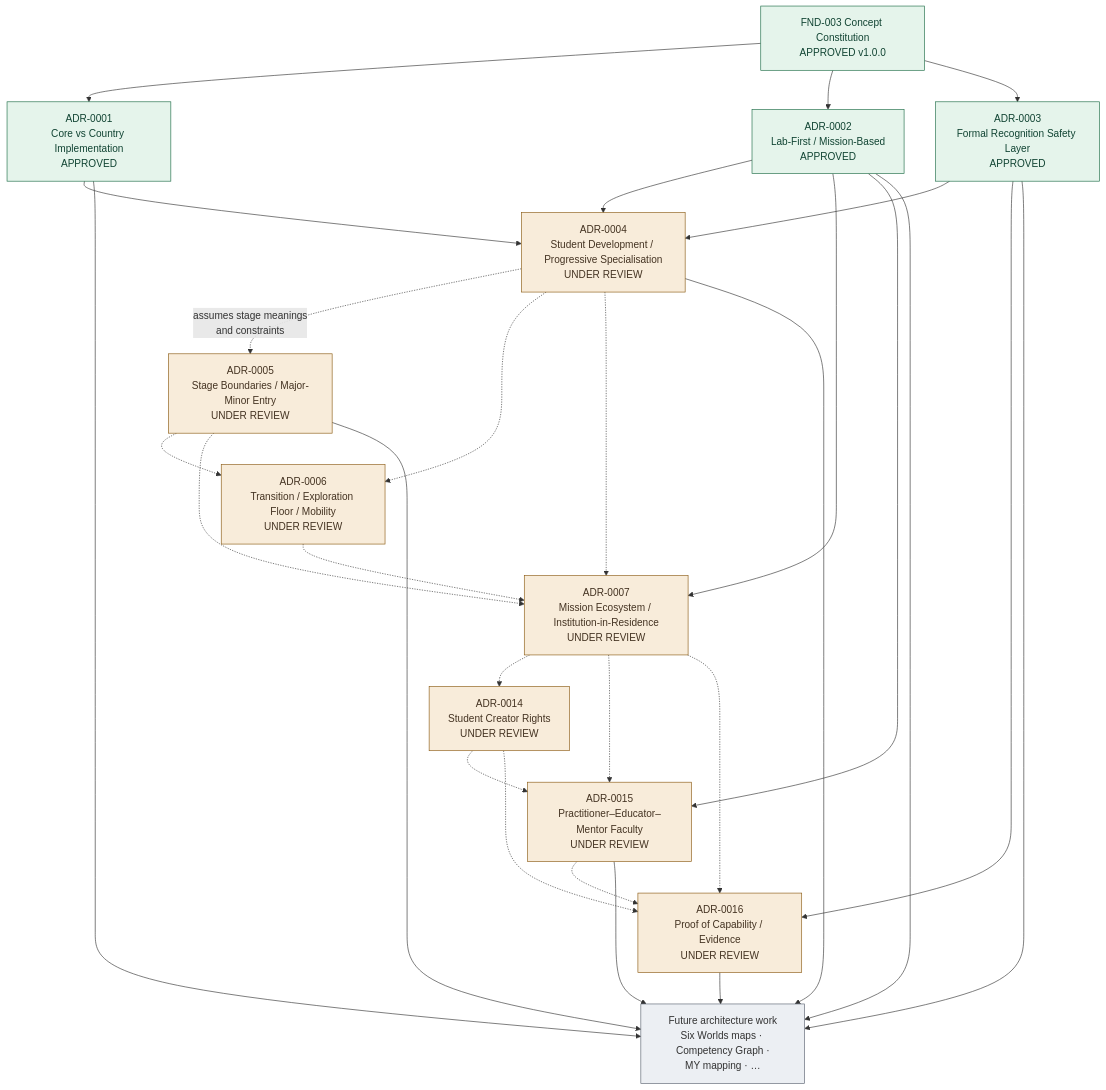
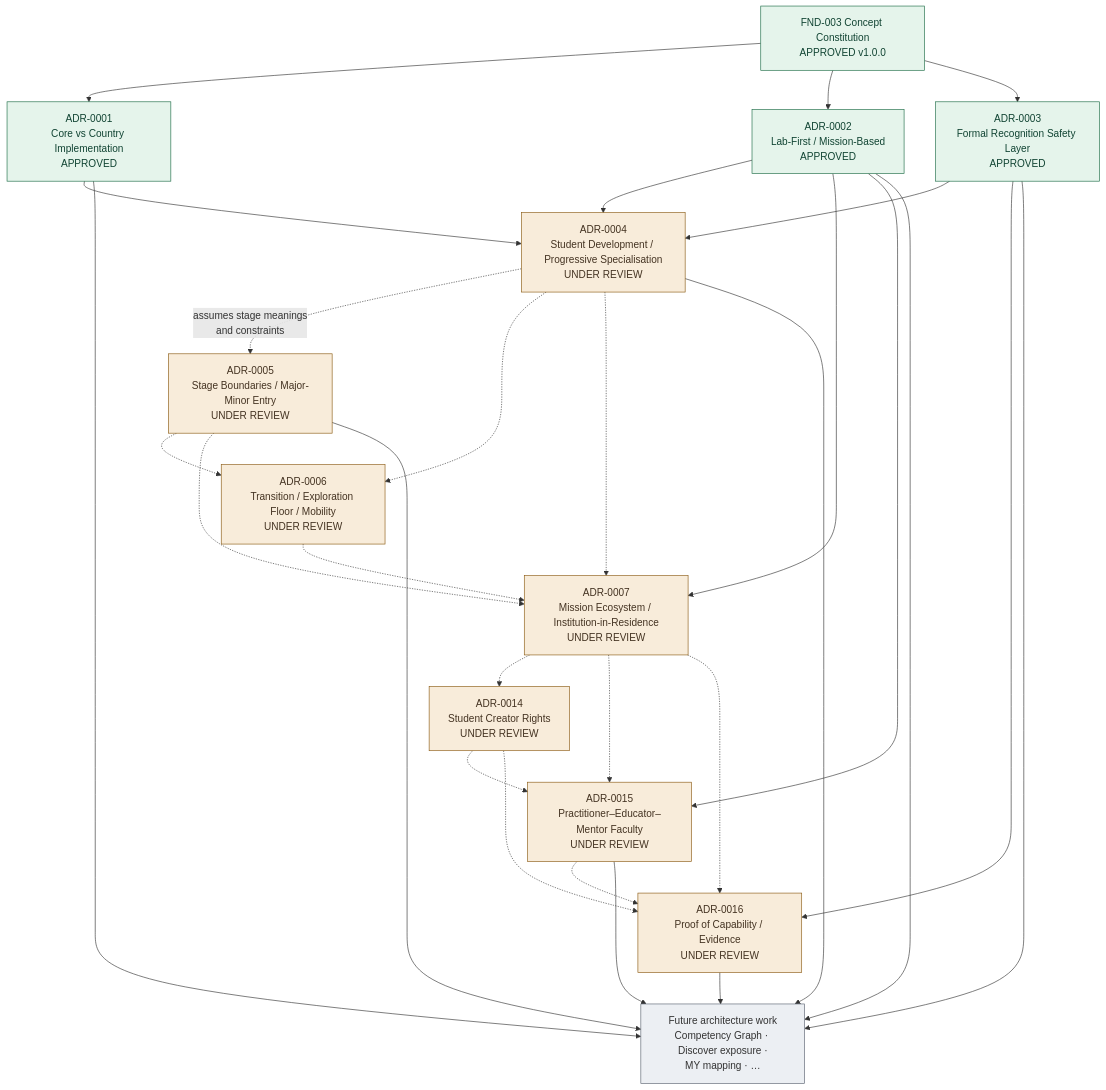
The diagram in portal/docs/roadmap.md (sp7037/tarbiyat-malaysia-school-blueprint), drawn with Mermaid before and after one commit. The commit also changed other lines of this file and 17 other files, not shown here.

Commit message:
docs: add ADR-0011 Six Worlds capability architecture

````diff
--- a/portal/docs/roadmap.md
+++ b/portal/docs/roadmap.md
@@ -16,53 +16,53 @@
 ```mermaid
 flowchart TD
   CC["FND-003 Concept Constitution<br/>APPROVED v1.0.0"]
 
   A1["ADR-0001<br/>Core vs Country Implementation<br/>APPROVED"]
   A2["ADR-0002<br/>Lab-First / Mission-Based<br/>APPROVED"]
   A3["ADR-0003<br/>Formal Recognition Safety Layer<br/>APPROVED"]
   A4["ADR-0004<br/>Student Development / Progressive Specialisation<br/>UNDER REVIEW"]
   A5["ADR-0005<br/>Stage Boundaries / Major-Minor Entry<br/>UNDER REVIEW"]
   A6["ADR-0006<br/>Transition / Exploration Floor / Mobility<br/>UNDER REVIEW"]
   A7["ADR-0007<br/>Mission Ecosystem / Institution-in-Residence<br/>UNDER REVIEW"]
   A14["ADR-0014<br/>Student Creator Rights<br/>UNDER REVIEW"]
   A15["ADR-0015<br/>Practitioner–Educator–Mentor Faculty<br/>UNDER REVIEW"]
   A16["ADR-0016<br/>Proof of Capability / Evidence<br/>UNDER REVIEW"]
 
-  FUT["Future architecture work<br/>Six Worlds maps · Competency Graph ·<br/>MY mapping · …"]
+  FUT["Future architecture work<br/>Competency Graph · Discover exposure ·<br/>MY mapping · …"]
 
   CC --> A1
   CC --> A2
   CC --> A3
   A1 --> A4
   A2 --> A4
   A3 --> A4
   A4 -.->|assumes stage meanings<br/>and constraints| A5
   A4 -.-> A6
   A5 -.-> A6
   A2 --> A7
   A4 -.-> A7
   A5 -.-> A7
   A6 -.-> A7
   A7 -.-> A14
   A2 --> A15
   A7 -.-> A15
   A14 -.-> A15
   A3 --> A16
   A7 -.-> A16
   A14 -.-> A16
   A15 -.-> A16
   A1 --> FUT
   A2 --> FUT
   A3 --> FUT
   A4 --> FUT
   A5 --> FUT
   A15 --> FUT
   A16 --> FUT
 
   classDef approved fill:#e5f4eb,stroke:#1b6b45,color:#143
   classDef review fill:#f8ecda,stroke:#8a5a12,color:#432
   classDef future fill:#eceff3,stroke:#5a6270,color:#333
   class CC,A1,A2,A3 approved
   class A4,A5,A6,A7,A14,A15,A16 review
   class FUT future
 ```
````
